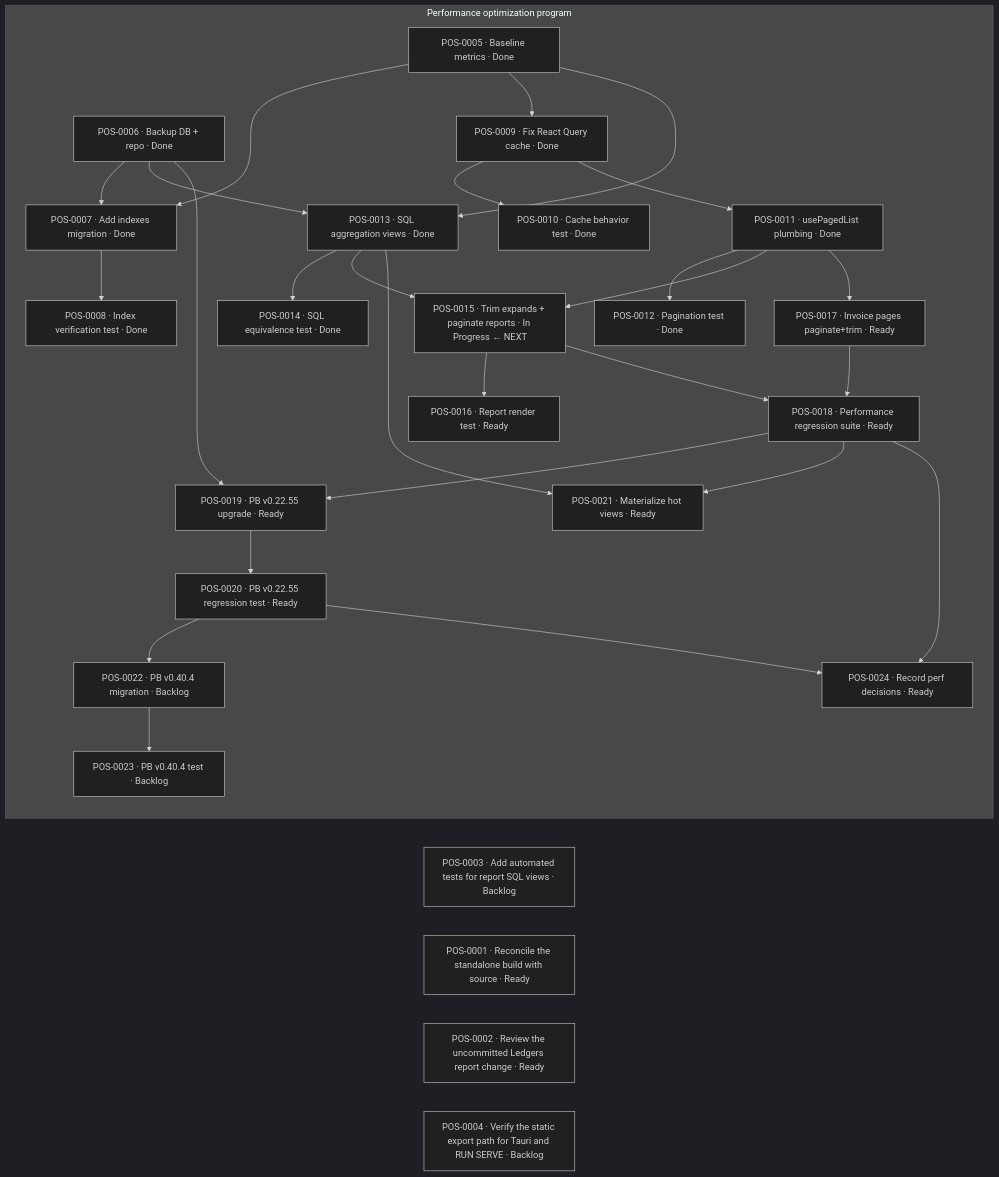
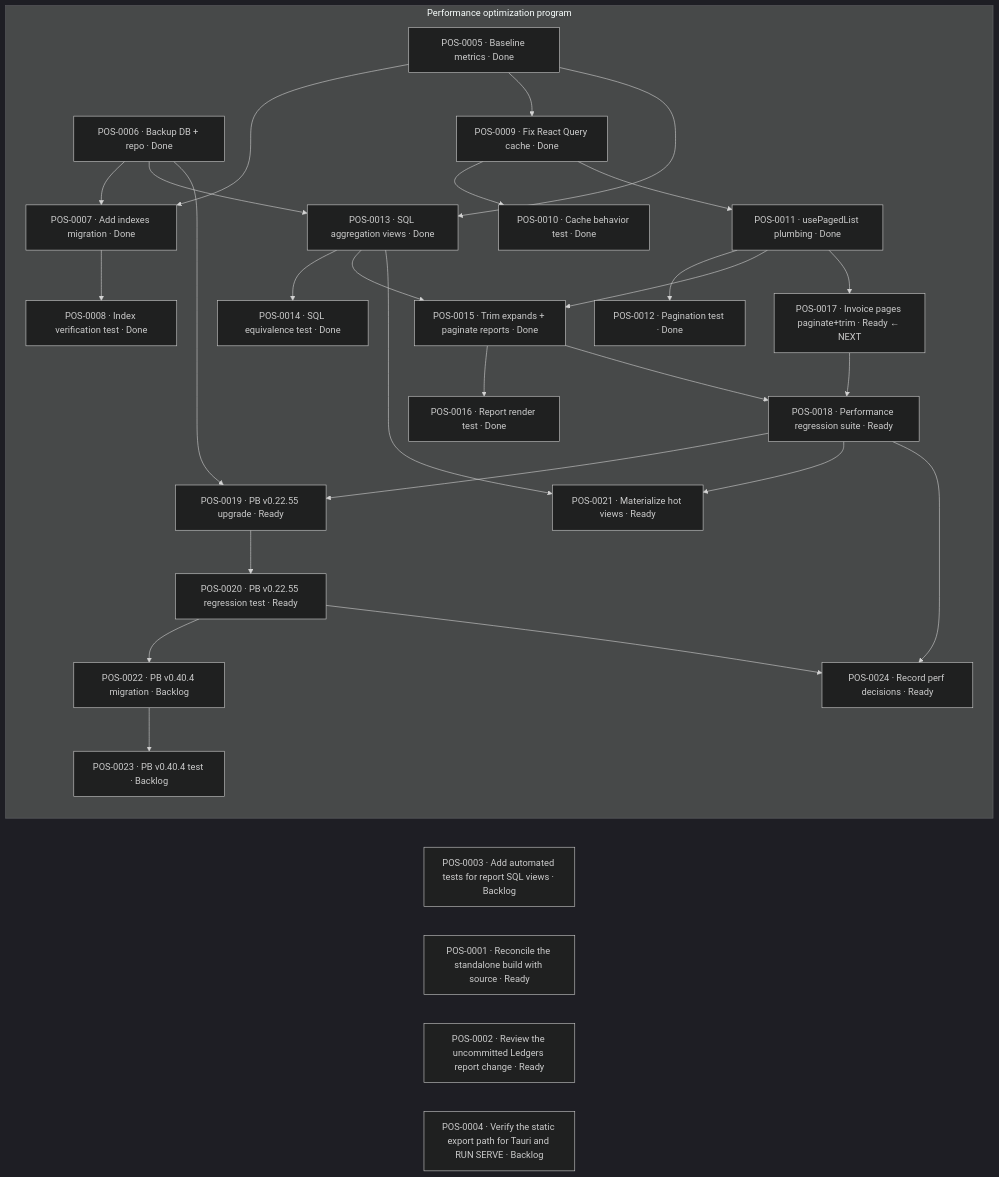
The second of 2 diagrams in vault/projects/aa-point-of-sale.md (abdulhakam/aa_point_of_sale), drawn with Mermaid (dark theme) before and after one commit. The commit also changed other lines of this file and 8 other files, not shown here.

````diff
--- a/vault/projects/aa-point-of-sale.md
+++ b/vault/projects/aa-point-of-sale.md
@@ -132,56 +122,56 @@
 ```mermaid
 flowchart LR
   T1["POS-0003 · Add automated tests for report SQL views · Backlog"]
   T2["POS-0001 · Reconcile the standalone build with source · Ready"]
   T3["POS-0002 · Review the uncommitted Ledgers report change · Ready"]
   T4["POS-0004 · Verify the static export path for Tauri and RUN SERVE · Backlog"]
 
   subgraph PERF["Performance optimization program"]
     P5["POS-0005 · Baseline metrics · Done"]
     P6["POS-0006 · Backup DB + repo · Done"]
     P7["POS-0007 · Add indexes migration · Done"]
     P8["POS-0008 · Index verification test · Done"]
     P9["POS-0009 · Fix React Query cache · Done"]
     P10["POS-0010 · Cache behavior test · Done"]
     P11["POS-0011 · usePagedList plumbing · Done"]
     P12["POS-0012 · Pagination test · Done"]
     P13["POS-0013 · SQL aggregation views · Done"]
     P14["POS-0014 · SQL equivalence test · Done"]
-    P15["POS-0015 · Trim expands + paginate reports · In Progress ← NEXT"]
-    P16["POS-0016 · Report render test · Ready"]
-    P17["POS-0017 · Invoice pages paginate+trim · Ready"]
+    P15["POS-0015 · Trim expands + paginate reports · Done"]
+    P16["POS-0016 · Report render test · Done"]
+    P17["POS-0017 · Invoice pages paginate+trim · Ready ← NEXT"]
     P18["POS-0018 · Performance regression suite · Ready"]
     P19["POS-0019 · PB v0.22.55 upgrade · Ready"]
     P20["POS-0020 · PB v0.22.55 regression test · Ready"]
     P21["POS-0021 · Materialize hot views · Ready"]
     P22["POS-0022 · PB v0.40.4 migration · Backlog"]
     P23["POS-0023 · PB v0.40.4 test · Backlog"]
     P24["POS-0024 · Record perf decisions · Ready"]
   end
 
   P5 --> P7
   P6 --> P7
   P7 --> P8
   P5 --> P9
   P9 --> P10
   P9 --> P11
   P11 --> P12
   P5 --> P13
   P6 --> P13
   P13 --> P14
   P11 --> P15
   P13 --> P15
   P15 --> P16
   P11 --> P17
   P15 --> P18
   P17 --> P18
   P6 --> P19
   P18 --> P19
   P19 --> P20
   P13 --> P21
   P18 --> P21
   P20 --> P22
   P22 --> P23
   P18 --> P24
   P20 --> P24
 ```
````
